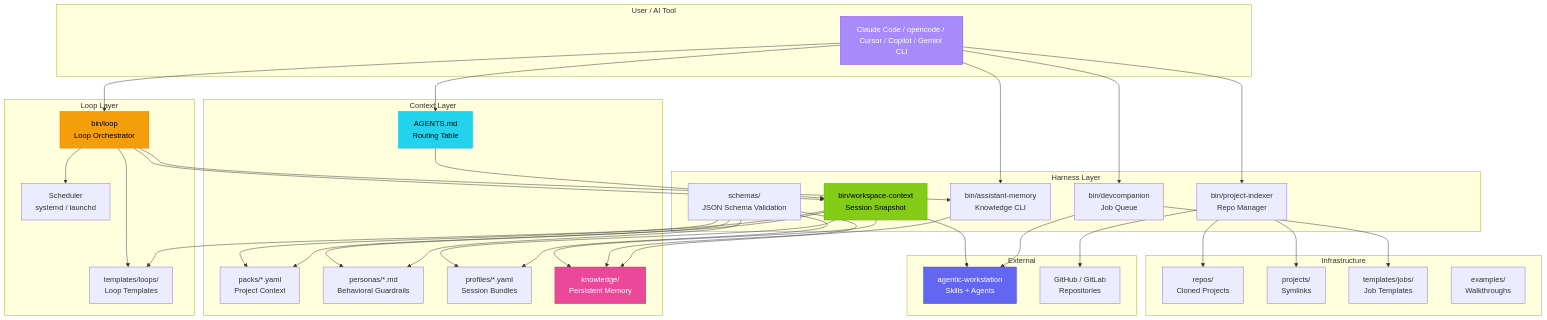
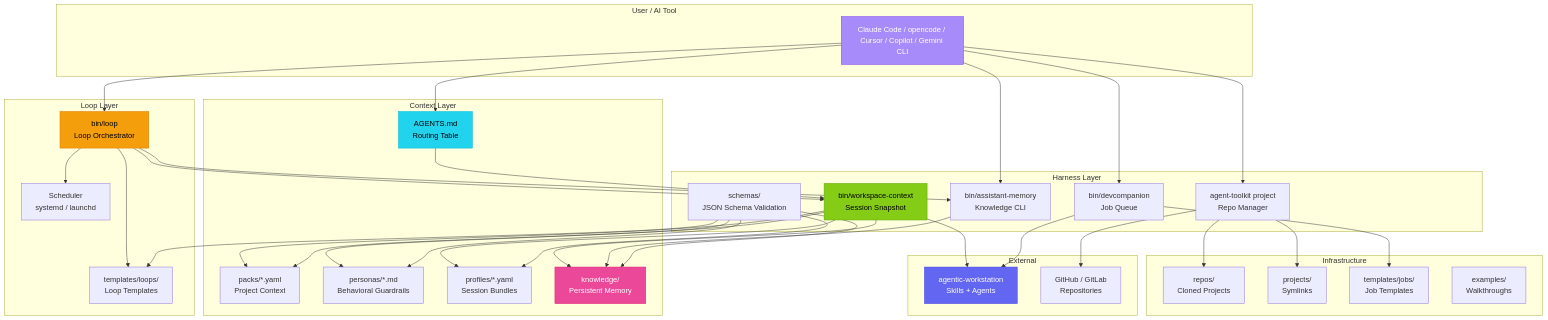
Before and after one commit to ulises-jeremias/agentic-harness: the first of 2 diagrams in docs/ARCHITECTURE.md, drawn with Mermaid. The commit also changed other lines of this file and 15 other files, not shown here.

First line of the commit message:
chore: delete bin/project-indexer — use agent-toolkit project directly (#177)

````diff
--- a/docs/ARCHITECTURE.md
+++ b/docs/ARCHITECTURE.md
@@ -9,79 +9,79 @@
 ```mermaid
 graph TB
     subgraph "User / AI Tool"
         AI[Claude Code / opencode / Cursor / Copilot / Gemini CLI]
     end
 
     subgraph "Context Layer"
         AGENTS[AGENTS.md<br/>Routing Table]
         PACKS[packs/*.yaml<br/>Project Context]
         PERSONAS[personas/*.md<br/>Behavioral Guardrails]
         PROFILES[profiles/*.yaml<br/>Session Bundles]
         KNOWLEDGE[knowledge/<br/>Persistent Memory]
     end
 
     subgraph "Harness Layer"
         WCTX[bin/workspace-context<br/>Session Snapshot]
         AMEM[bin/assistant-memory<br/>Knowledge CLI]
         DC[bin/devcompanion<br/>Job Queue]
-        PI[bin/project-indexer<br/>Repo Manager]
+        PI[agent-toolkit project<br/>Repo Manager]
         SCHEMAS[schemas/<br/>JSON Schema Validation]
     end
 
     subgraph "Loop Layer"
         LOOP[bin/loop<br/>Loop Orchestrator]
         TEMPLATES[templates/loops/<br/>Loop Templates]
         SCHEDULER[Scheduler<br/>systemd / launchd]
     end
 
     subgraph "Infrastructure"
         REPOS[repos/<br/>Cloned Projects]
         PROJS[projects/<br/>Symlinks]
         JOBS[templates/jobs/<br/>Job Templates]
         EXAMPLES[examples/<br/>Walkthroughs]
     end
 
     subgraph "External"
         WS[agentic-workstation<br/>Skills + Agents]
         GIT[GitHub / GitLab<br/>Repositories]
     end
 
     AI --> AGENTS
     AGENTS --> WCTX
     WCTX --> PACKS
     WCTX --> PERSONAS
     WCTX --> PROFILES
     WCTX --> KNOWLEDGE
     WCTX --> WS
 
     AI --> AMEM
     AMEM --> KNOWLEDGE
 
     AI --> DC
     DC --> JOBS
     DC --> WS
 
     AI --> PI
     PI --> REPOS
     PI --> PROJS
     PI --> GIT
 
     AI --> LOOP
     LOOP --> TEMPLATES
     LOOP --> SCHEDULER
     LOOP --> WCTX
     LOOP --> AMEM
 
     SCHEMAS --> PACKS
     SCHEMAS --> PERSONAS
     SCHEMAS --> PROFILES
     SCHEMAS --> KNOWLEDGE
     SCHEMAS --> TEMPLATES
 
     style AI fill:#a78bfa,stroke:#7c3aed,color:#fff
     style AGENTS fill:#22d3ee,stroke:#06b6d4,color:#000
     style WCTX fill:#84cc16,stroke:#65a30d,color:#000
     style LOOP fill:#f59e0b,stroke:#d97706,color:#000
     style KNOWLEDGE fill:#ec4899,stroke:#db2777,color:#fff
     style WS fill:#6366f1,stroke:#4f46e5,color:#fff
 ```
````
